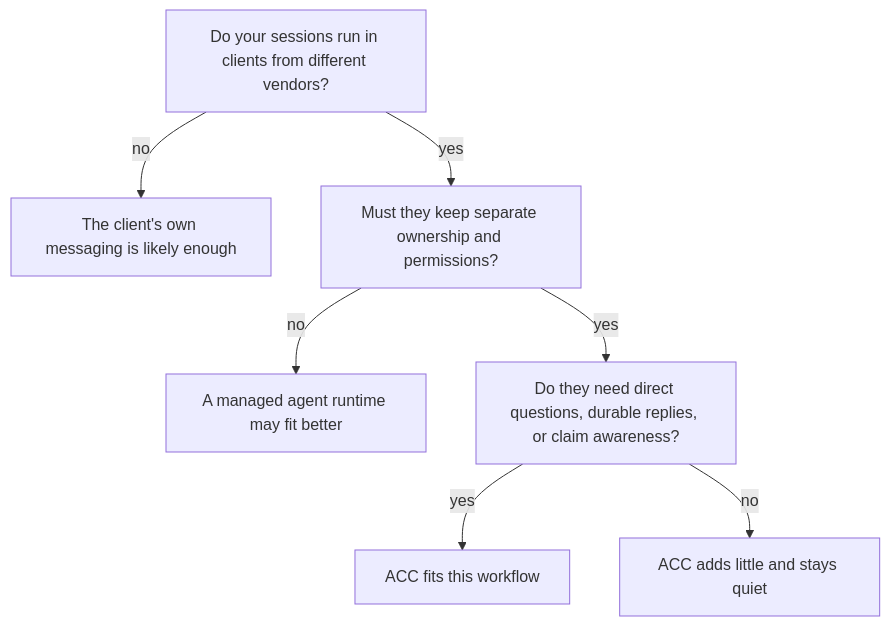
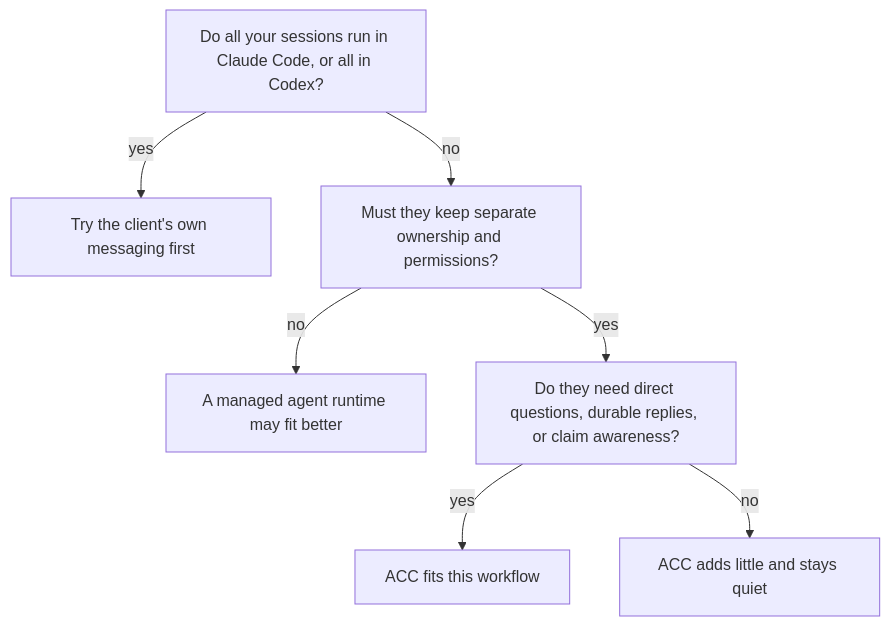
The diagram in docs/WHY_ACC.md (automatis-tools/agents-can-communicate), drawn with Mermaid before and after one commit. The commit also changed other lines of this file and 4 other files, not shown here.

````diff
--- a/docs/WHY_ACC.md
+++ b/docs/WHY_ACC.md
@@ -22,9 +22,9 @@
 ```mermaid
 flowchart TD
-  A["Do your sessions run in clients from different vendors?"] -->|no| V["The client's own messaging is likely enough"]
-  A -->|yes| B["Must they keep separate ownership and permissions?"]
+  A["Do all your sessions run in Claude Code, or all in Codex?"] -->|yes| V["Try the client's own messaging first"]
+  A -->|no| B["Must they keep separate ownership and permissions?"]
   B -->|no| M["A managed agent runtime may fit better"]
   B -->|yes| C["Do they need direct questions, durable replies, or claim awareness?"]
   C -->|yes| Y["ACC fits this workflow"]
   C -->|no| N["ACC adds little and stays quiet"]
 ```
````
